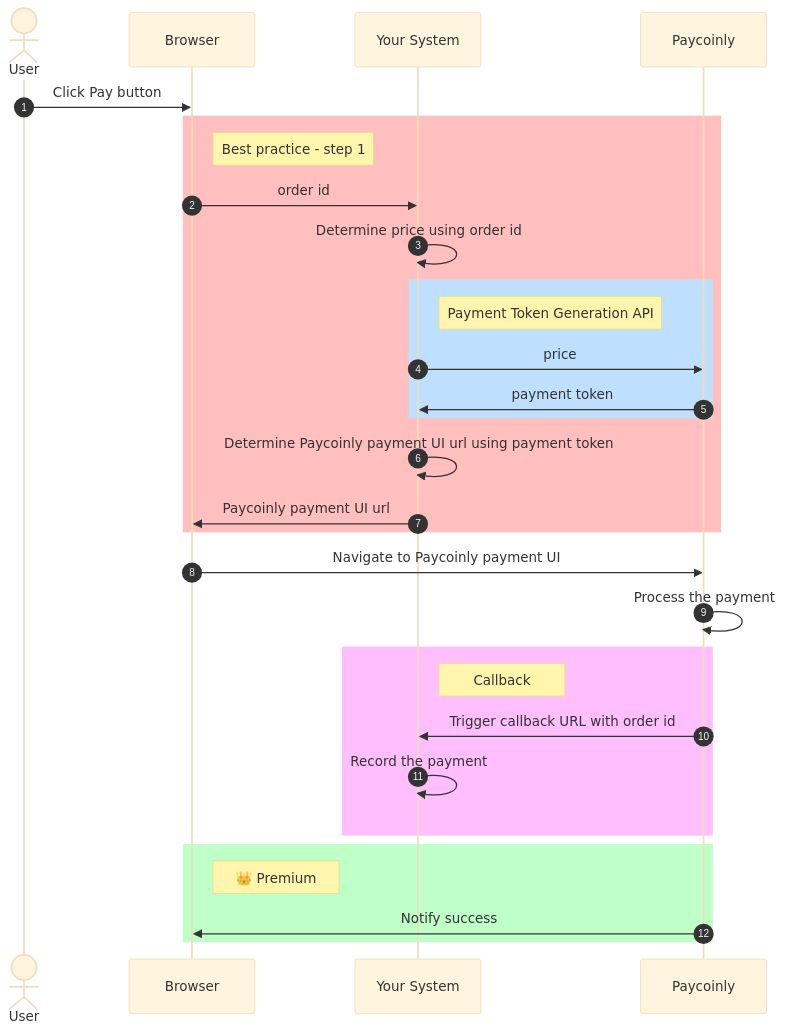
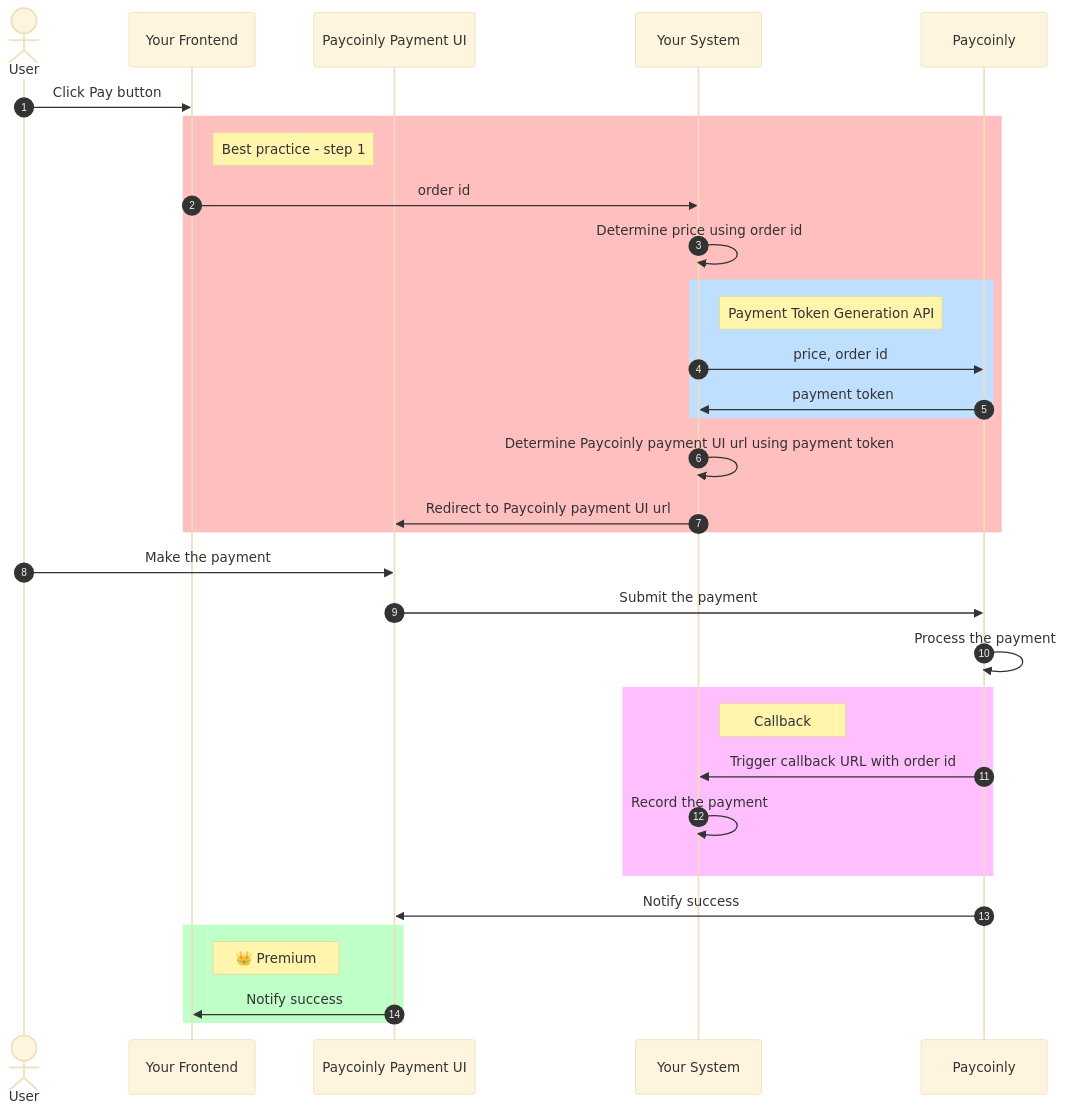
Before and after one commit to Paycoinly-Tech/docs: the diagram in docs/how-work/payment.mdx, drawn with Mermaid (base theme). The commit also changed 2 other files, not shown here.

````diff
--- a/docs/how-work/payment.mdx
+++ b/docs/how-work/payment.mdx
@@ -16,57 +16,62 @@
 ```mermaid
 sequenceDiagram
   autonumber
 
   actor user as User
-  participant browser as Browser
+  participant yourFrontend as Your Frontend
+  participant paycoinlyUI as Paycoinly Payment UI
   participant backend as Your System
   participant paycoinly as Paycoinly
   
-  user->>browser: Click Pay button
+  user->>yourFrontend: Click Pay button
 
   rect rgb(255, 191, 191)
 
-  note right of browser: Best practice - step 1
+  note right of yourFrontend: Best practice - step 1
 
-  browser->>backend: order id
+  yourFrontend->>backend: order id
 
   backend->>backend: Determine price using order id
 
   rect rgb(191, 223, 255)
 
   note right of backend: Payment Token Generation API
 
-  backend->>paycoinly: price
+  backend->>paycoinly: price, order id
 
   paycoinly->>backend: payment token
 
   end
 
   backend->>backend: Determine Paycoinly payment UI url using payment token
 
-  backend->>browser: Paycoinly payment UI url
+  backend->>paycoinlyUI: Redirect to Paycoinly payment UI url
 
   end
 
-  browser->>paycoinly: Navigate to Paycoinly payment UI
+  user->>paycoinlyUI: Make the payment
+
+  paycoinlyUI->>paycoinly: Submit the payment
 
   paycoinly->>paycoinly: Process the payment
 
   rect rgb(255, 191, 255)
 
   note right of backend: Callback
 
   paycoinly->>backend: Trigger callback URL with order id
 
   backend->>backend: Record the payment
 
   end
-  
+
+  paycoinly->>paycoinlyUI: Notify success
+    
   rect rgb(191, 255, 200)
 
-  note right of browser: 👑 Premium
+  note right of yourFrontend: 👑 Premium
 
-  paycoinly->>browser: Notify success
+  paycoinlyUI->>yourFrontend: Notify success
 
   end
 ```
````
